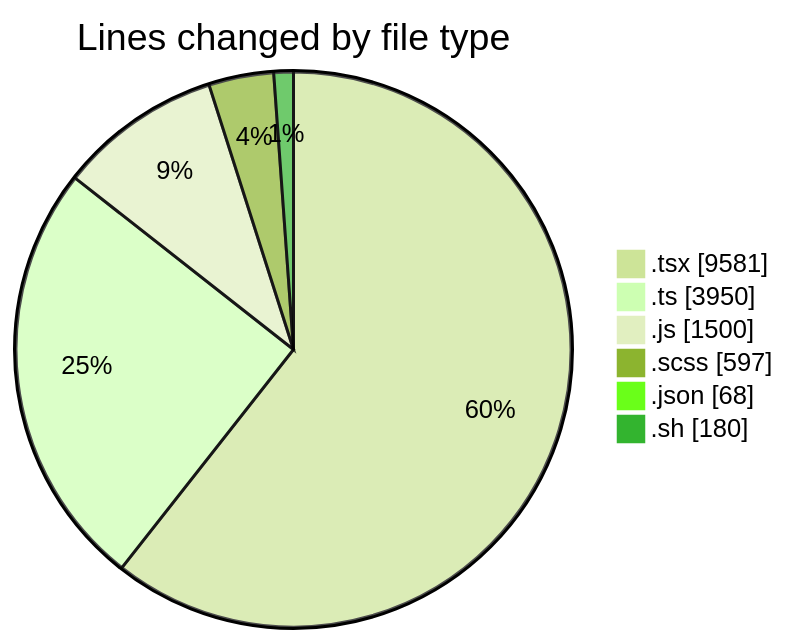
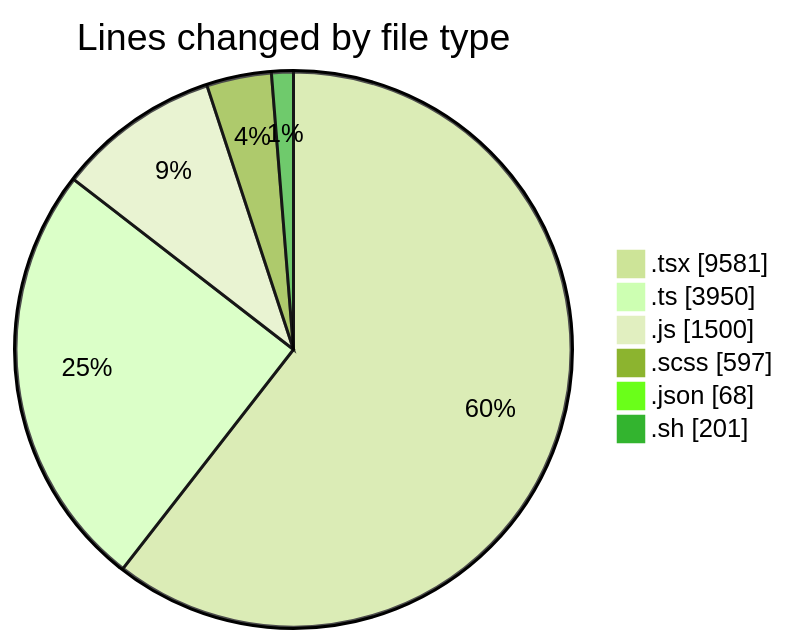
Before and after one commit to momahboobian/code-tracking: the first of 2 diagrams in 2026-06-10/cda/README.md, drawn with Mermaid (forest theme). The commit also changed other lines of this file and 1 other file, not shown here.

````diff
--- a/2026-06-10/cda/README.md
+++ b/2026-06-10/cda/README.md
@@ -66,10 +66,10 @@
 ```mermaid
 pie showData
 title Lines changed by file type
 ".tsx" : 9581
 ".ts" : 3950
 ".js" : 1500
 ".scss" : 597
 ".json" : 68
-".sh" : 180
+".sh" : 201
 ```
````
